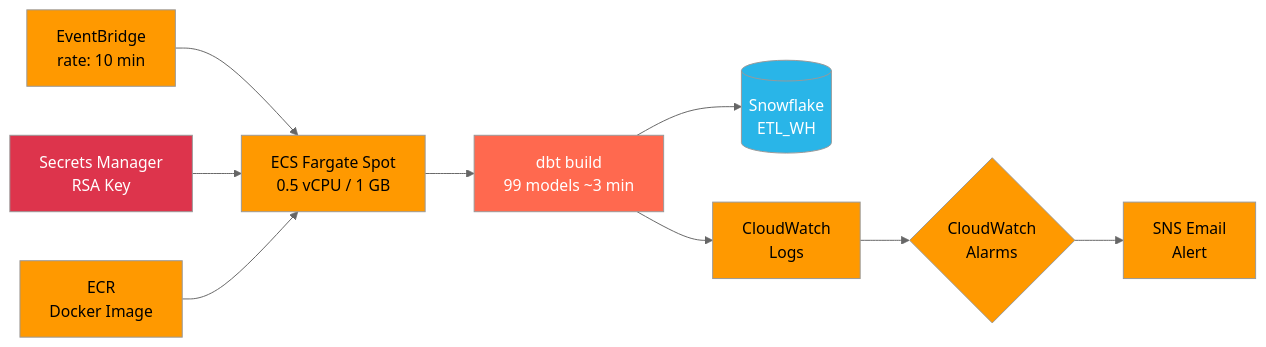
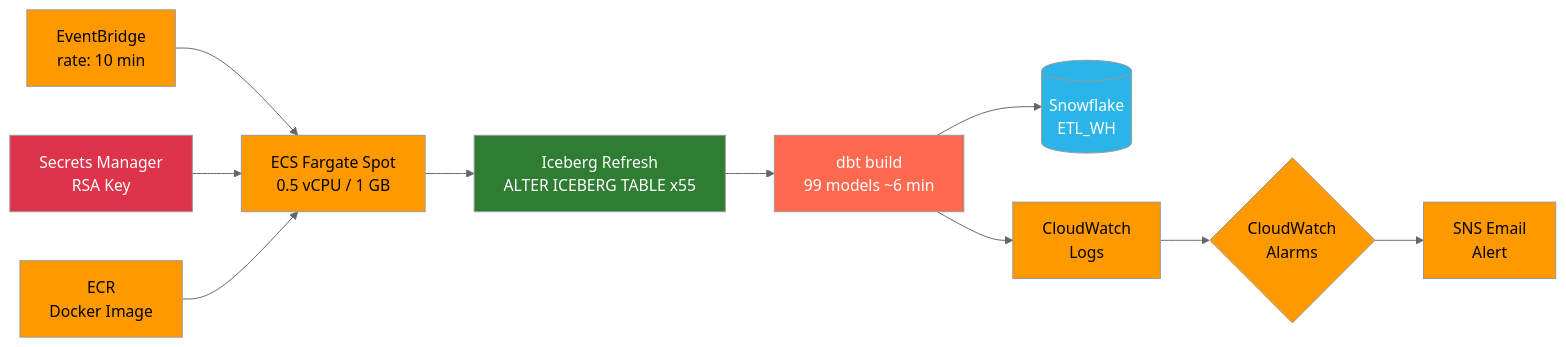
Before and after one commit to trinityBI-HQ/dbt_ammodepot: the second of 3 diagrams in README.md, drawn with Mermaid (neutral theme). The commit also changed other lines of this file, not shown here.

First line of the commit message:
docs(readme): reflect Iceberg cutover — update architecture diagrams and content

````diff
--- a/README.md
+++ b/README.md
@@ -39,24 +44,26 @@
 ```mermaid
 flowchart LR
     EB[EventBridge<br/>rate: 10 min] --> ECS[ECS Fargate Spot<br/>0.5 vCPU / 1 GB]
 
     SM[Secrets Manager<br/>RSA Key] --> ECS
     ECR[ECR<br/>Docker Image] --> ECS
 
-    ECS --> DBT[dbt build<br/>99 models ~3 min]
+    ECS --> RF[Iceberg Refresh<br/>ALTER ICEBERG TABLE x55]
+    RF --> DBT[dbt build<br/>99 models ~6 min]
     DBT --> SF[(Snowflake<br/>ETL_WH)]
     DBT --> CW[CloudWatch<br/>Logs]
 
     CW --> AL{CloudWatch<br/>Alarms}
     AL --> SNS[SNS Email<br/>Alert]
 
     style EB fill:#ff9900,color:#000
     style ECS fill:#ff9900,color:#000
     style SM fill:#dd344c,color:#fff
     style ECR fill:#ff9900,color:#000
+    style RF fill:#2e7d32,color:#fff
     style DBT fill:#ff694f,color:#fff
     style SF fill:#29b5e8,color:#fff
     style CW fill:#ff9900,color:#000
     style AL fill:#ff9900,color:#000
     style SNS fill:#ff9900,color:#000
 ```
````
